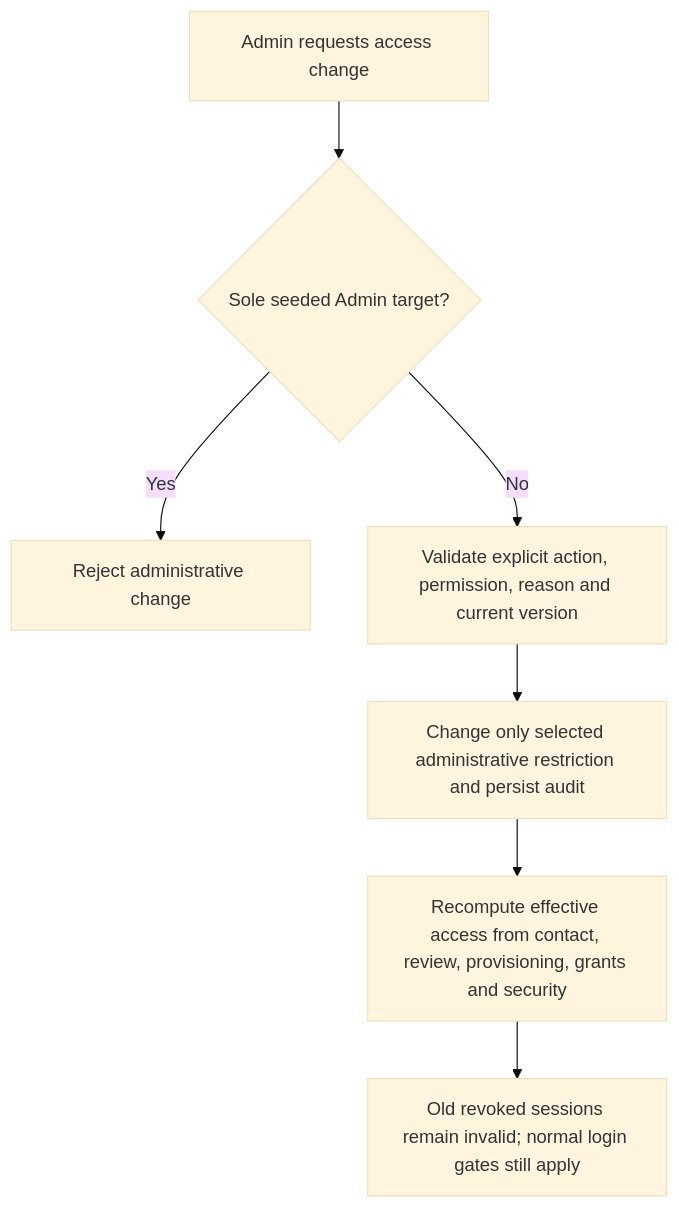
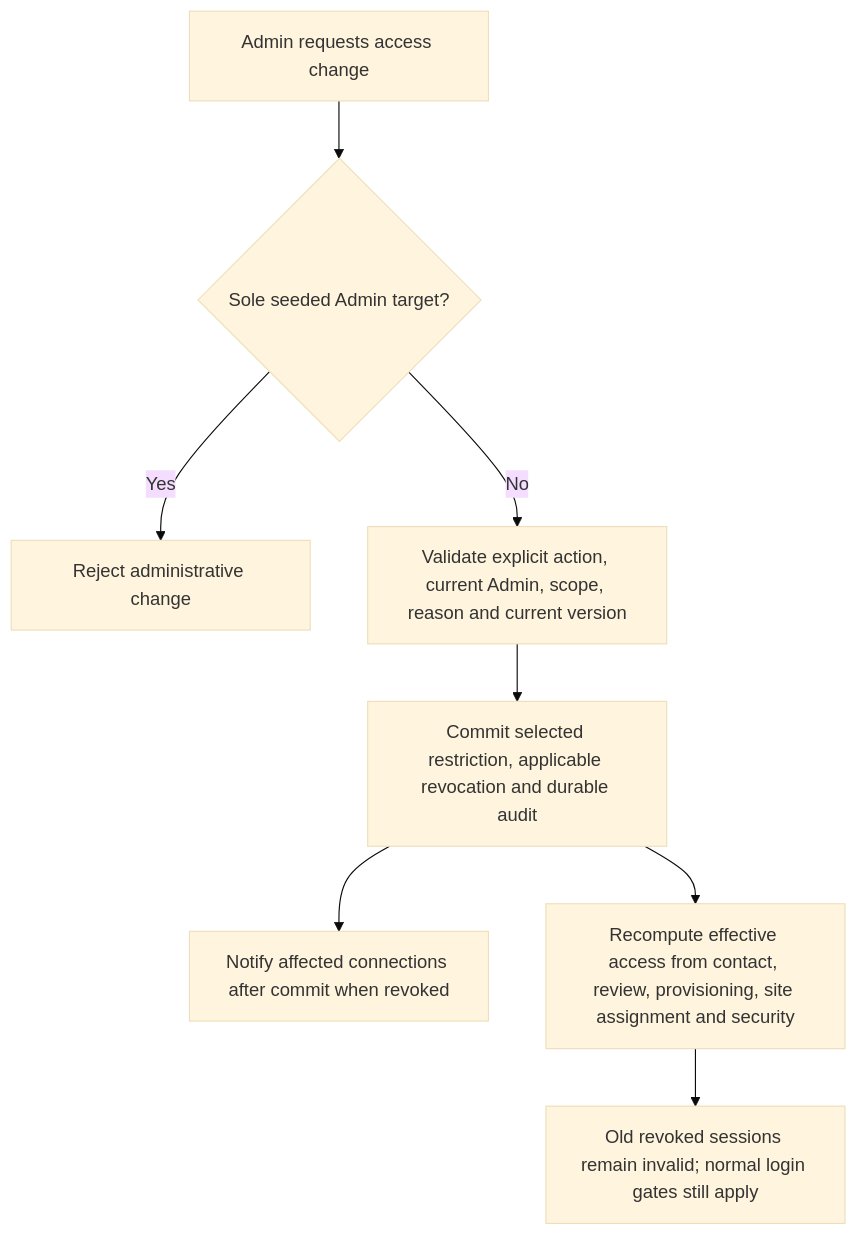
Before and after one commit to Quangthm/Mock-Project-Smart-Parking: the diagram in docs/03-design/api/admin-manage-users-api-design.md, drawn with Mermaid (base theme). The commit also changed other lines of this file and 75 other files, not shown here.

````diff
--- a/docs/03-design/api/admin-manage-users-api-design.md
+++ b/docs/03-design/api/admin-manage-users-api-design.md
@@ -32,9 +36,10 @@
 ```mermaid
 flowchart TD
     A[Admin requests access change] --> B{Sole seeded Admin target?}
     B -->|Yes| X[Reject administrative change]
-    B -->|No| C[Validate explicit action, permission, reason and current version]
-    C --> D[Change only selected administrative restriction and persist audit]
-    D --> E[Recompute effective access from contact, review, provisioning, grants and security]
+    B -->|No| C[Validate explicit action, current Admin, scope, reason and current version]
+    C --> D[Commit selected restriction, applicable revocation and durable audit]
+    D --> S[Notify affected connections after commit when revoked]
+    D --> E[Recompute effective access from contact, review, provisioning, site assignment and security]
     E --> F[Old revoked sessions remain invalid; normal login gates still apply]
 ```
````
